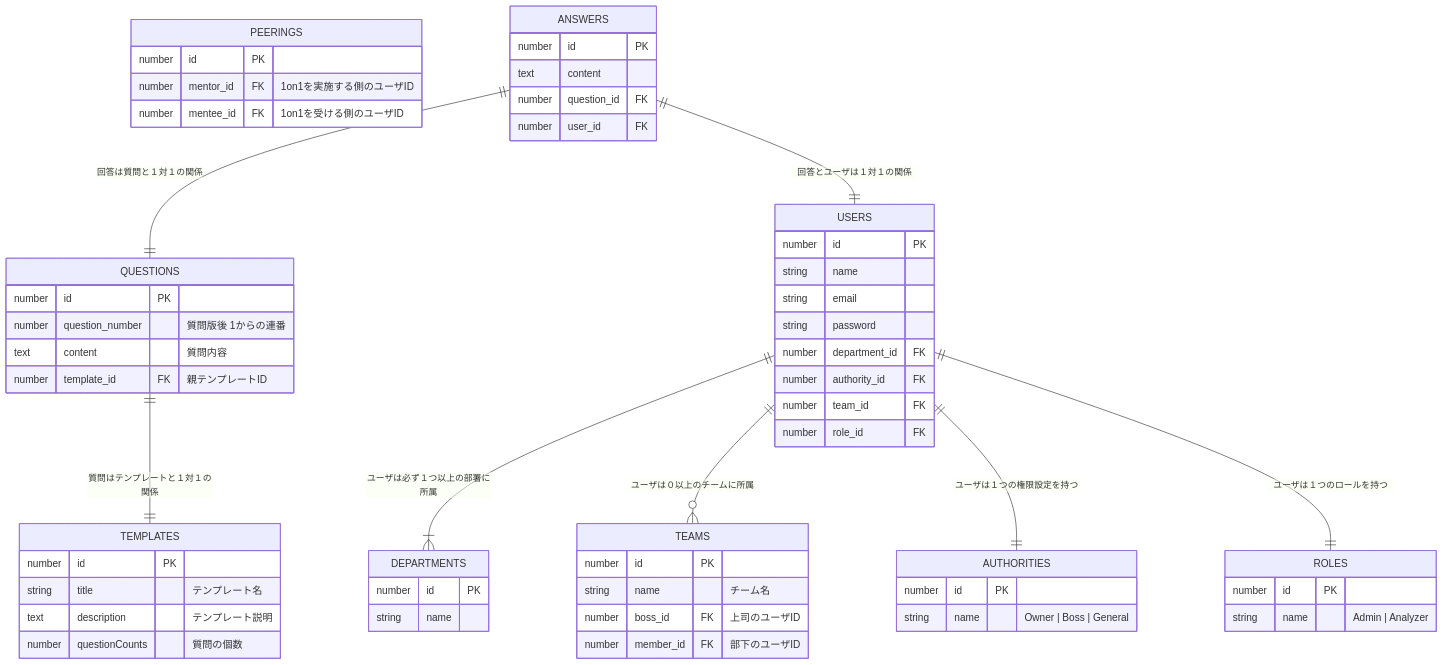
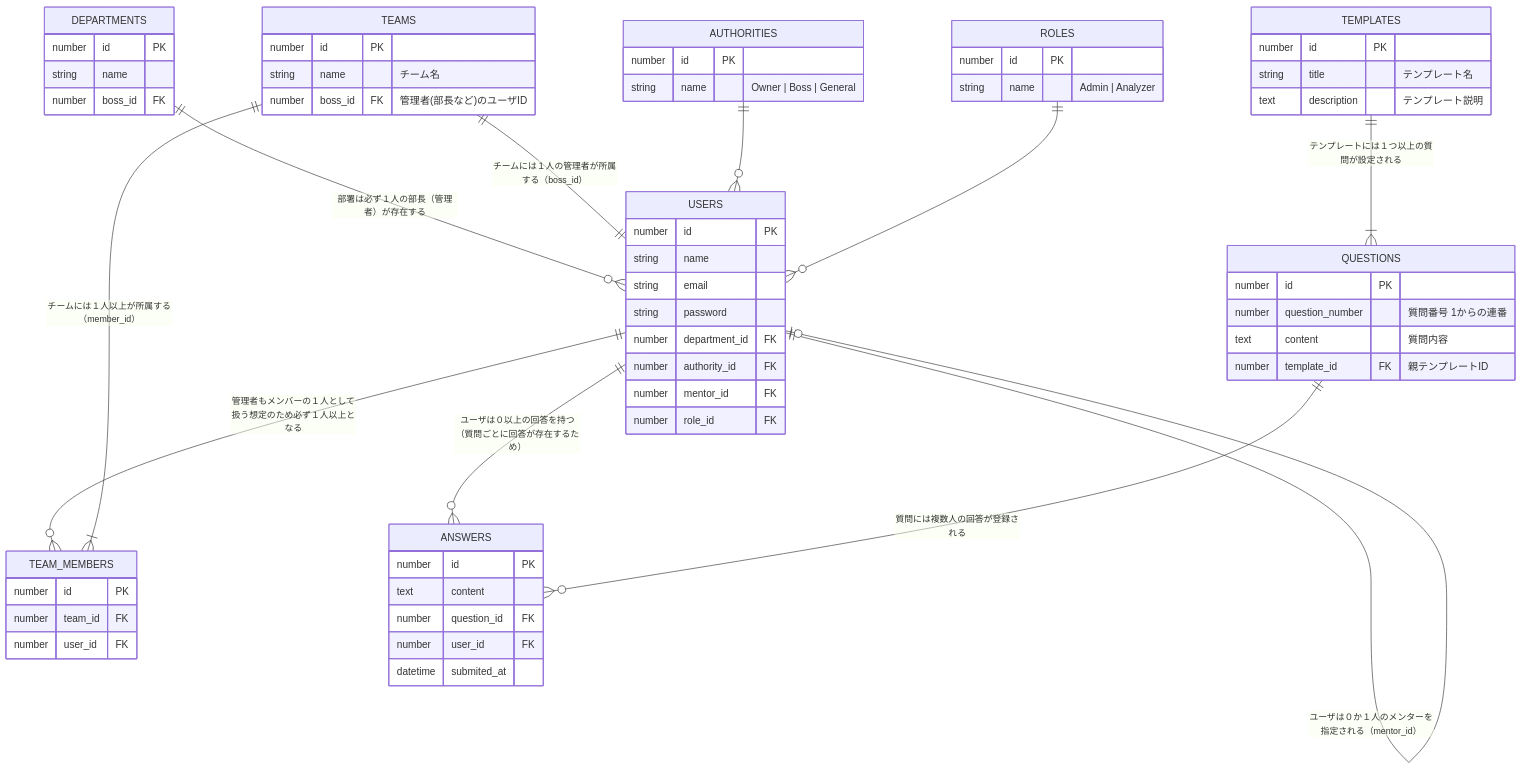
Before and after one commit to tsubomi0443/meetup: the diagram in doc/meetup_esgprah.md, drawn with Mermaid. The commit also changed 15 other files, not shown here.

````diff
--- a/doc/meetup_esgprah.md
+++ b/doc/meetup_esgprah.md
@@ -11,65 +11,65 @@
     number department_id FK
     %% 権限ID、Ownerは全てのログへのアクセス、BossはDepartment以下またはBossRelations参照、GeneralはPeeringのリレーション参照
     number authority_id FK
-    number team_id FK
+    number mentor_id FK
     number role_id FK
 }
-%% 部長職を兼任しているケースをカバーするためHasManyの関係
-USERS ||--|{ DEPARTMENTS: "ユーザは必ず１つ以上の部署に所属"
-USERS ||--o{ TEAMS: "ユーザは０以上のチームに所属"
-USERS ||--|| AUTHORITIES: "ユーザは１つの権限設定を持つ"
-USERS ||--|| ROLES: "ユーザは１つのロールを持つ"
+USERS ||--o| USERS: "ユーザは０か１人のメンターを指定される（mentor_id）"
+USERS ||--o{ TEAM_MEMBERS: "管理者もメンバーの１人として扱う想定のため必ず１人以上となる"
+USERS ||--o{ ANSWERS: "ユーザは０以上の回答を持つ（質問ごとに回答が存在するため）"
 
 %% 部署名を設定するためのテーブル
 DEPARTMENTS {
     number id PK
     string name
+    number boss_id FK
 }
-
-%% 1on1の関係を紐づけるためのテーブル
-%% Mentorとしては０以上の関係、Menteeとしては１対１の関係
-PEERINGS {
-    number id PK
-    number mentor_id FK "1on1を実施する側のユーザID"
-    number mentee_id FK "1on1を受ける側のユーザID"
-}
+DEPARTMENTS ||--o{ USERS: "部署は必ず１人の部長（管理者）が存在する"
 
 %% チーム単位の関係を作成するテーブル
 %% SeniorManagerの下に複数のMemberユーザが所属する
 TEAMS {
     number id PK
     string name "チーム名"
-    number boss_id FK "上司のユーザID"
-    number member_id FK "部下のユーザID"
+    number boss_id FK "管理者(部長など)のユーザID"
+}
+TEAMS ||--|| USERS: "チームには１人の管理者が所属する（boss_id）"
+TEAMS ||--|{ TEAM_MEMBERS: "チームには１人以上が所属する（member_id）"
+
+TEAM_MEMBERS {
+    number id PK
+    number team_id FK
+    number user_id FK
 }
 
 AUTHORITIES {
     number id PK
     string name "Owner | Boss | General"
 }
+AUTHORITIES ||--o{ USERS: ""
 
 ROLES {
     number id PK
     string name "Admin | Analyzer"
 }
+ROLES ||--o{ USERS: ""
 
 %% 1on1のテンプレートを表すテーブル
-%% 
 TEMPLATES {
     number id PK
     string title "テンプレート名"
     text description "テンプレート説明"
-    number questionCounts "質問の個数"
 }
+TEMPLATES ||--|{ QUESTIONS: "テンプレートには１つ以上の質問が設定される"
 
 QUESTIONS {
     number id PK
-    number question_number "質問版後 1からの連番"
+    number question_number "質問番号 1からの連番"
     text content "質問内容"
 
     number template_id FK "親テンプレートID"
 }
-QUESTIONS ||--|| TEMPLATES: "質問はテンプレートと１対１の関係"
+QUESTIONS ||--o{ ANSWERS: "質問には複数人の回答が登録される"
 
 ANSWERS {
     number id PK
@@ -77,7 +77,6 @@
 
     number question_id FK
     number user_id FK
+    datetime submited_at
 }
-ANSWERS ||--|| QUESTIONS: "回答は質問と１対１の関係"
-ANSWERS ||--|| USERS: "回答とユーザは１対１の関係"
 ```
````
